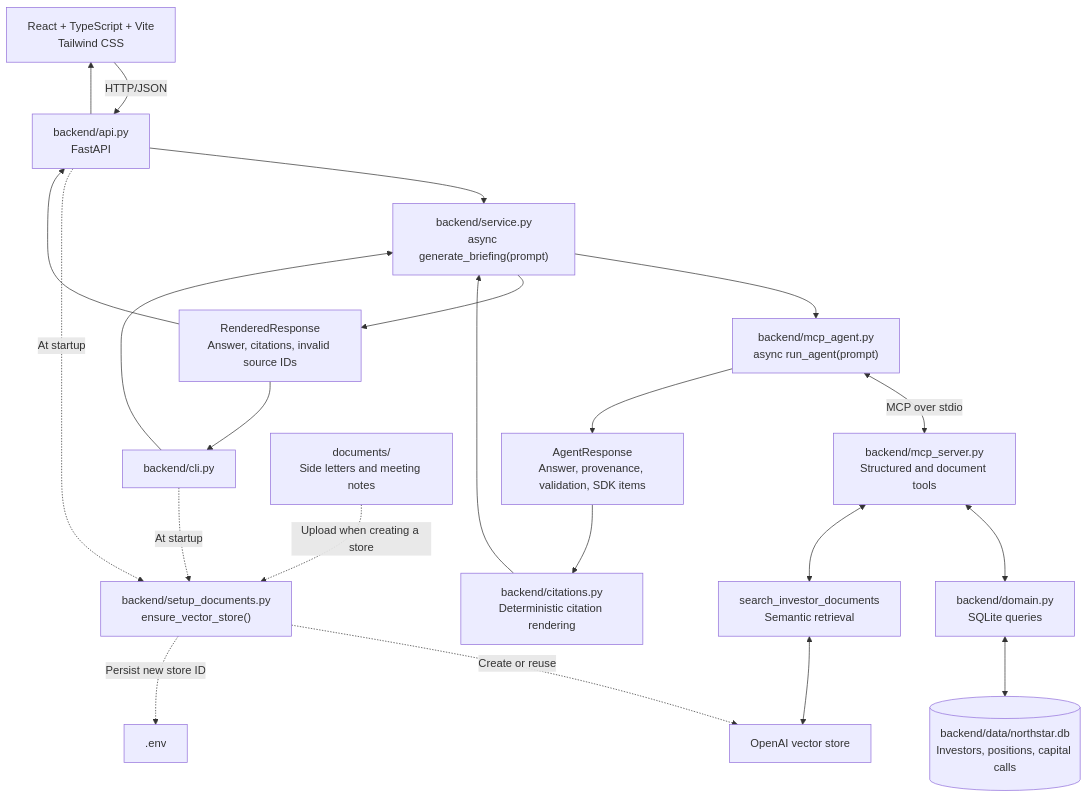
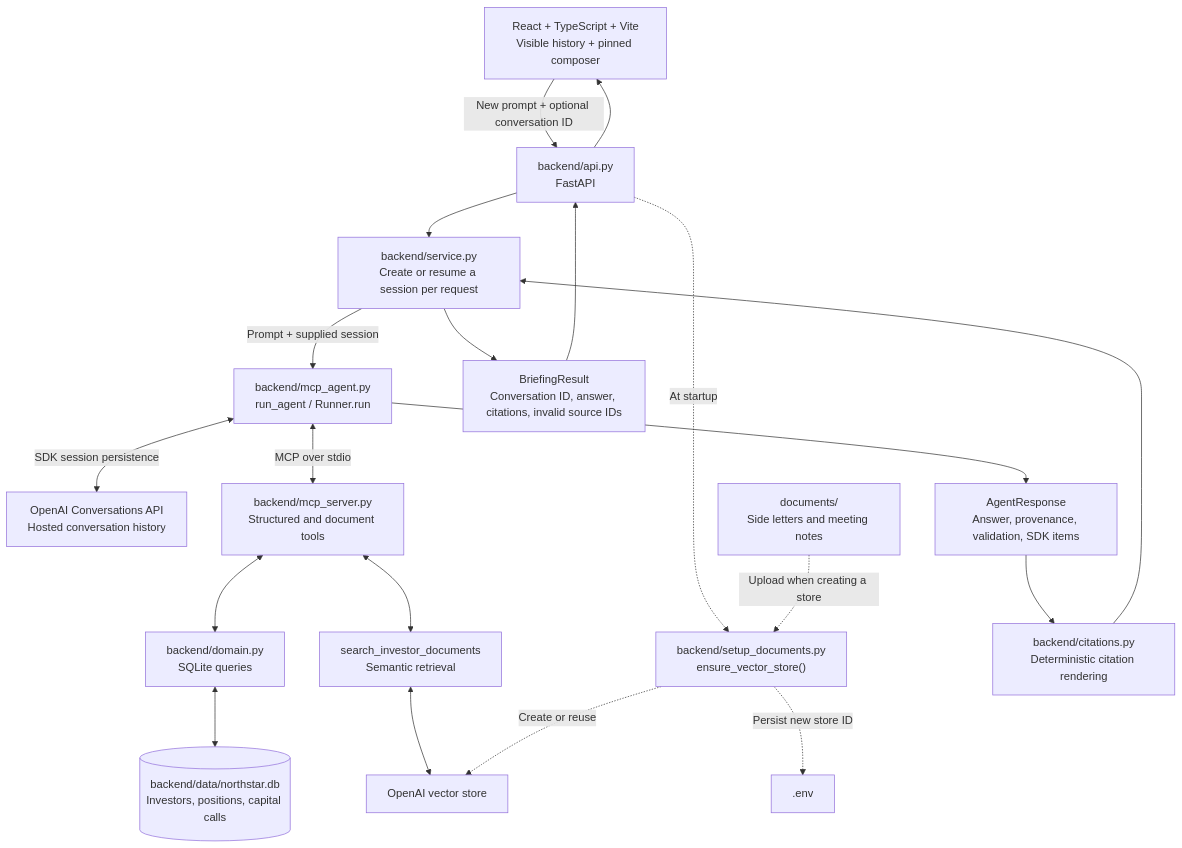
Before and after one commit to HectorFraireSanchez/gp-investor-relations-agent: the diagram in README.md, drawn with Mermaid. The commit also changed other lines of this file and 16 other files, not shown here.

First line of the commit message:
Add hosted conversations and chat-style investor workspace

````diff
--- a/README.md
+++ b/README.md
@@ -33,24 +57,22 @@
 ```mermaid
 flowchart TD
-    WEB["React + TypeScript + Vite<br/>Tailwind CSS"] -->|HTTP/JSON| API["backend/api.py<br/>FastAPI"]
-    API --> SERVICE
-    CLI["backend/cli.py"] --> SERVICE["backend/service.py<br/>async generate_briefing(prompt)"]
-    SERVICE --> A["backend/mcp_agent.py<br/>async run_agent(prompt)"]
+    WEB["React + TypeScript + Vite<br/>Visible history + pinned composer"] -->|New prompt + optional conversation ID| API["backend/api.py<br/>FastAPI"]
+    API --> SERVICE["backend/service.py<br/>Create or resume a session per request"]
+    SERVICE -->|Prompt + supplied session| A["backend/mcp_agent.py<br/>run_agent / Runner.run"]
+    A <-->|SDK session persistence| HISTORY["OpenAI Conversations API<br/>Hosted conversation history"]
     A <-->|MCP over stdio| M["backend/mcp_server.py<br/>Structured and document tools"]
     M <--> D["backend/domain.py<br/>SQLite queries"]
     D <--> DB[("backend/data/northstar.db<br/>Investors, positions, capital calls")]
     M <--> S["search_investor_documents<br/>Semantic retrieval"]
     S <--> V["OpenAI vector store"]
-    CLI -.->|At startup| SETUP["backend/setup_documents.py<br/>ensure_vector_store()"]
-    API -.->|At startup| SETUP
+    API -.->|At startup| SETUP["backend/setup_documents.py<br/>ensure_vector_store()"]
     F["documents/<br/>Side letters and meeting notes"] -.->|Upload when creating a store| SETUP
     SETUP -.->|Create or reuse| V
     SETUP -.->|Persist new store ID| ENV[".env"]
     A --> RAW["AgentResponse<br/>Answer, provenance, validation, SDK items"]
     RAW --> R["backend/citations.py<br/>Deterministic citation rendering"]
     R --> SERVICE
-    SERVICE --> RESULT["RenderedResponse<br/>Answer, citations, invalid source IDs"]
-    RESULT --> CLI
+    SERVICE --> RESULT["BriefingResult<br/>Conversation ID, answer, citations, invalid source IDs"]
     RESULT --> API
     API --> WEB
 ```
````
